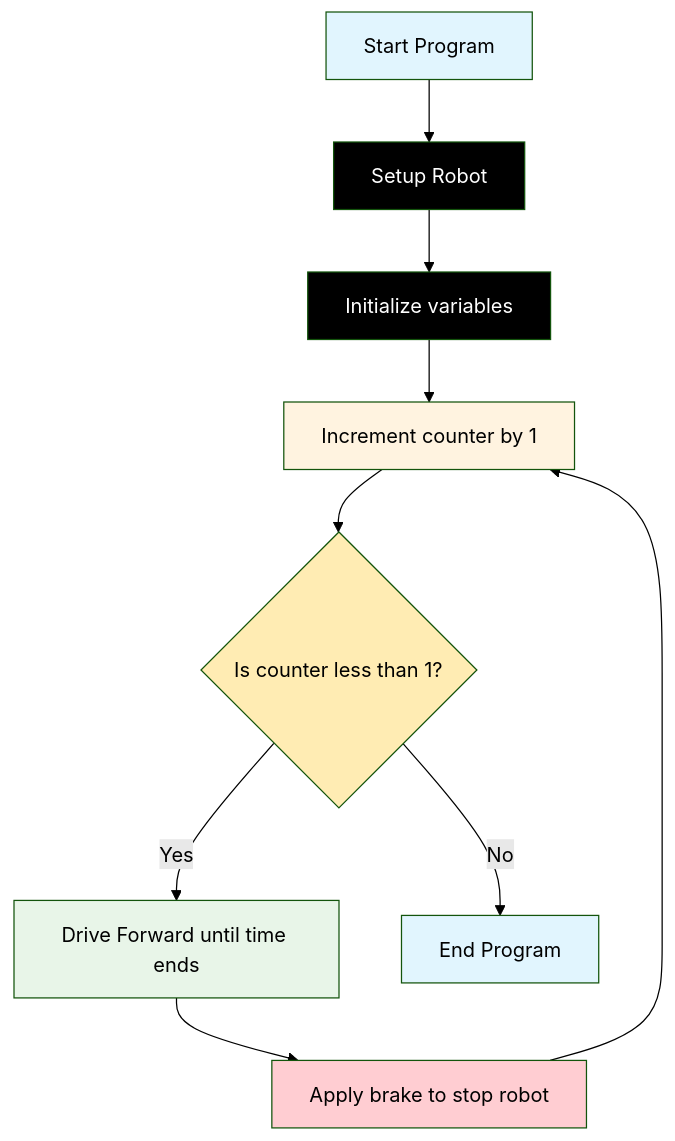
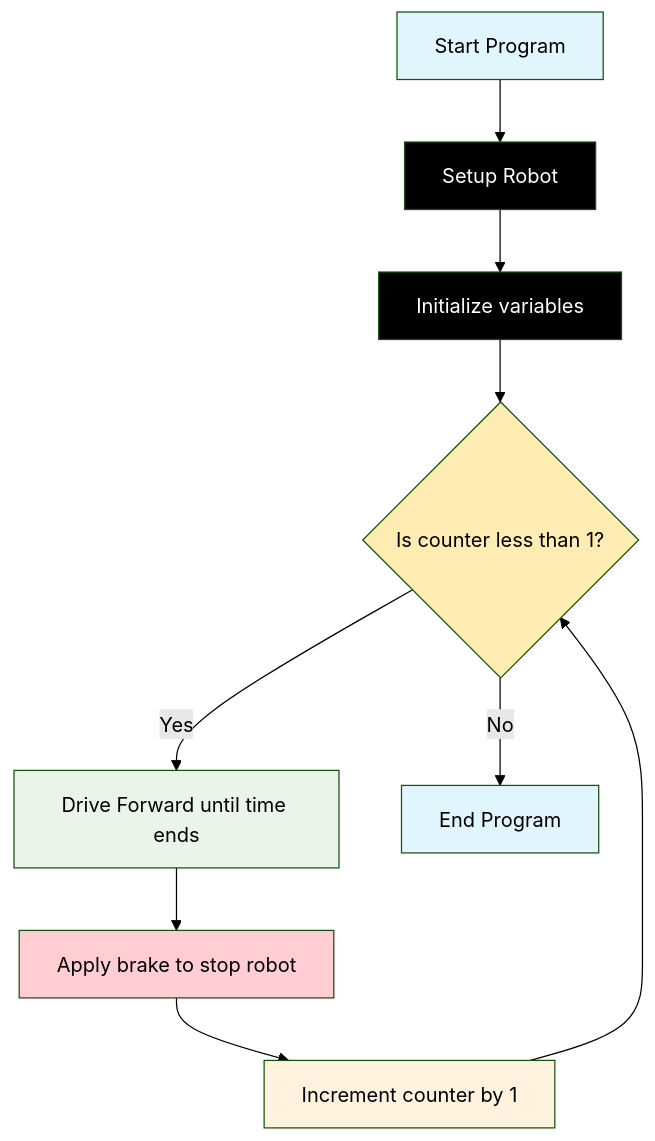
One commit to TempeHS/AIDriver_MicroPython_Challanges changed the diagram in docs/Challenge_2.md. Above: the diagram before and after it, drawn with Mermaid (forest theme). The commit also changed 1 other file, not shown here.

Commit message:
fix flowcharts

````diff
--- a/docs/Challenge_2.md
+++ b/docs/Challenge_2.md
@@ -16,20 +16,20 @@
 ```mermaid
 flowchart TD
     A[Start Program] --> B[Setup Robot]
     B --> C[Initialize variables]
-    C --> D[Increment counter by 1]
-    D --> E{Is counter less than 1?}
-    E -->|Yes| F[Drive Forward until time ends]
-    F --> G[Apply brake to stop robot]
+    C --> D{Is counter less than 1?}
+    D -->|Yes| E[Drive Forward until time ends]
+    E --> F[Apply brake to stop robot]
+    F --> G[Increment counter by 1]
     G --> D
-    E -->|No| H[End Program]
+    D -->|No| H[End Program]
 
     style A fill:#e1f5fe,color:#000000
     style B fill:#000000, color:#ffffff
     style C fill:#000000, color:#ffffff
-    style D fill:#fff3e0,color:#000000
-    style E fill:#ffecb3,color:#000000
-    style F fill:#e8f5e8,color:#000000
-    style G fill:#ffcdd2,color:#000000
+    style D fill:#ffecb3,color:#000000
+    style E fill:#e8f5e8,color:#000000
+    style F fill:#ffcdd2,color:#000000
+    style G fill:#fff3e0,color:#000000
     style H fill:#e1f5fe,color:#000000
 ```
````
